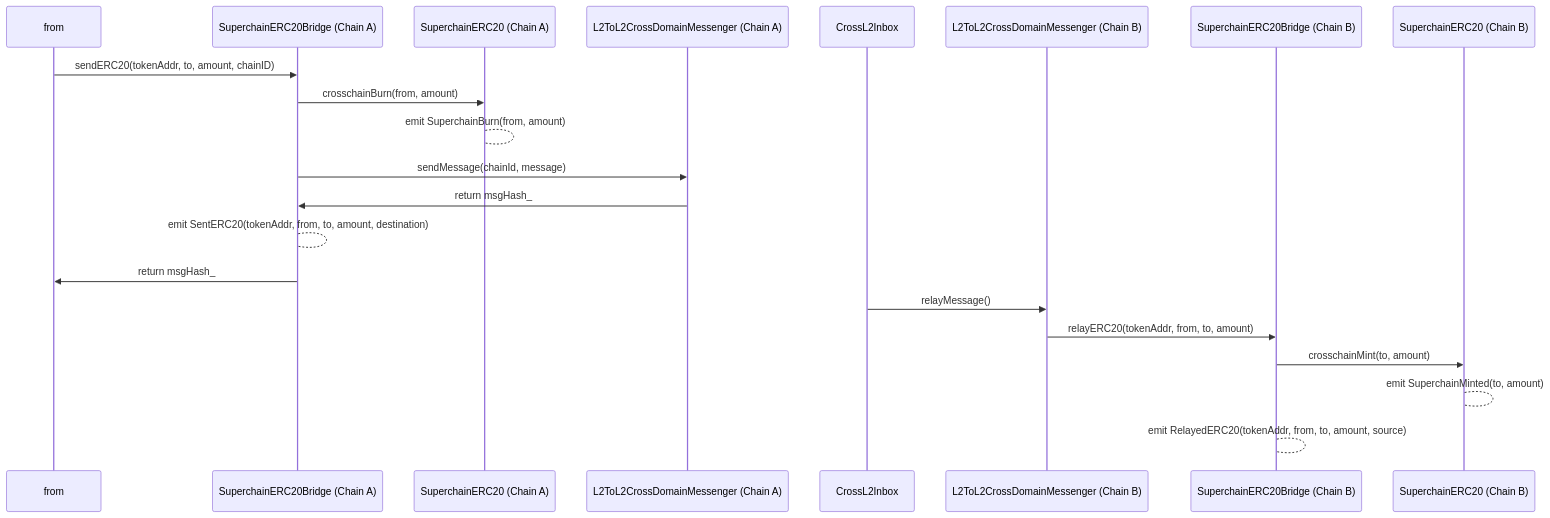
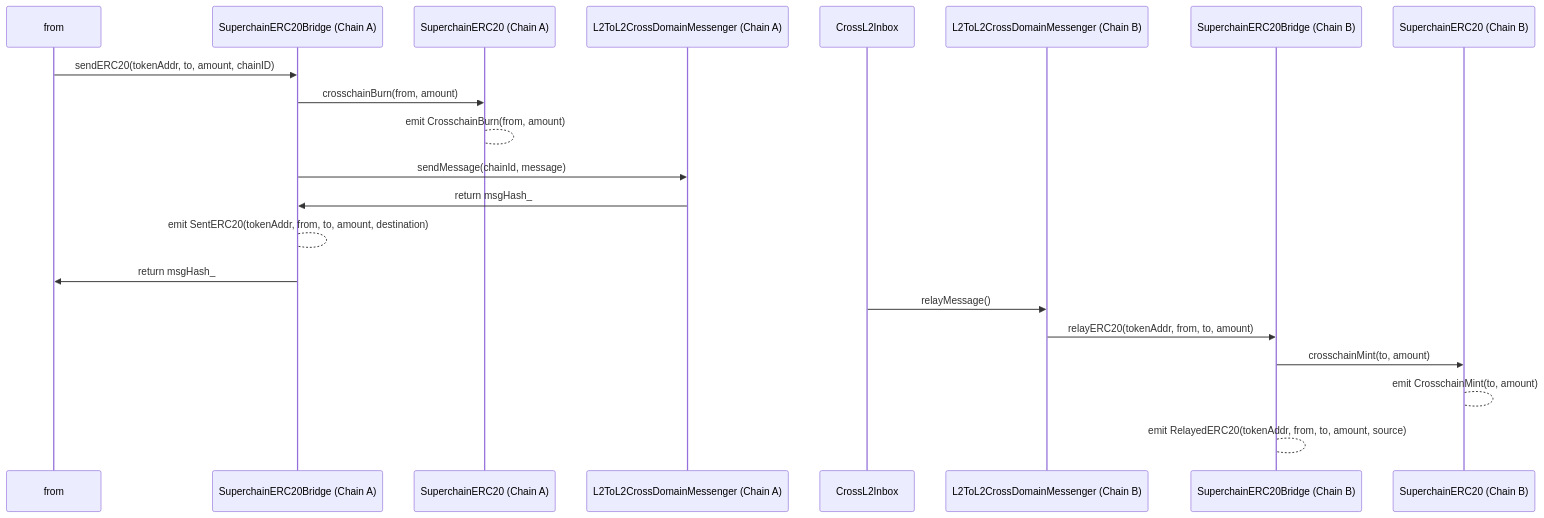
One commit to ethereum-optimism/specs changed the fourth of 4 diagrams in specs/interop/predeploys.md. Above: the diagram before and after it, drawn with Mermaid. The commit also changed 1 other file, not shown here.

Commit message:
interop: changed event tense to present for `ICrosschainERC20` (#435)
* feat: changed event tense to present for ICrosschainERC20

* chore: typo

````diff
--- a/specs/interop/predeploys.md
+++ b/specs/interop/predeploys.md
@@ -942,24 +942,24 @@
 ```mermaid
 sequenceDiagram
   participant from
   participant L2SBA as SuperchainERC20Bridge (Chain A)
   participant SuperERC20_A as SuperchainERC20 (Chain A)
   participant Messenger_A as L2ToL2CrossDomainMessenger (Chain A)
   participant Inbox as CrossL2Inbox
   participant Messenger_B as L2ToL2CrossDomainMessenger (Chain B)
   participant L2SBB as SuperchainERC20Bridge (Chain B)
   participant SuperERC20_B as SuperchainERC20 (Chain B)
 
   from->>L2SBA: sendERC20(tokenAddr, to, amount, chainID)
   L2SBA->>SuperERC20_A: crosschainBurn(from, amount)
-  SuperERC20_A-->SuperERC20_A: emit SuperchainBurn(from, amount)
+  SuperERC20_A-->SuperERC20_A: emit CrosschainBurn(from, amount)
   L2SBA->>Messenger_A: sendMessage(chainId, message)
   Messenger_A->>L2SBA: return msgHash_ 
   L2SBA-->L2SBA: emit SentERC20(tokenAddr, from, to, amount, destination)
   L2SBA->>from: return msgHash_ 
   Inbox->>Messenger_B: relayMessage()
   Messenger_B->>L2SBB: relayERC20(tokenAddr, from, to, amount)
   L2SBB->>SuperERC20_B: crosschainMint(to, amount)
-  SuperERC20_B-->SuperERC20_B: emit SuperchainMinted(to, amount)
+  SuperERC20_B-->SuperERC20_B: emit CrosschainMint(to, amount)
   L2SBB-->L2SBB: emit RelayedERC20(tokenAddr, from, to, amount, source)
 ```
````
